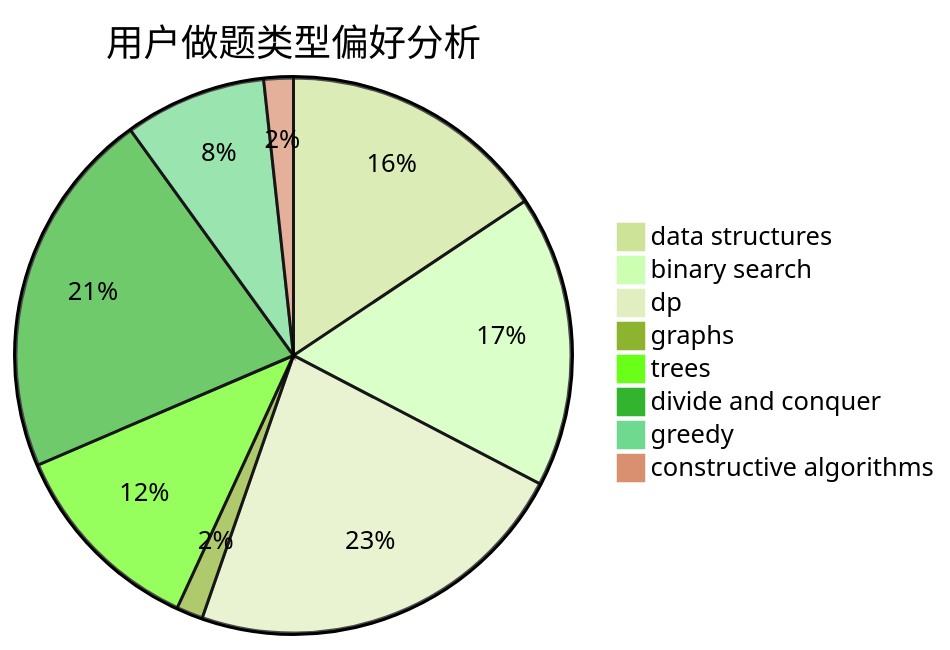
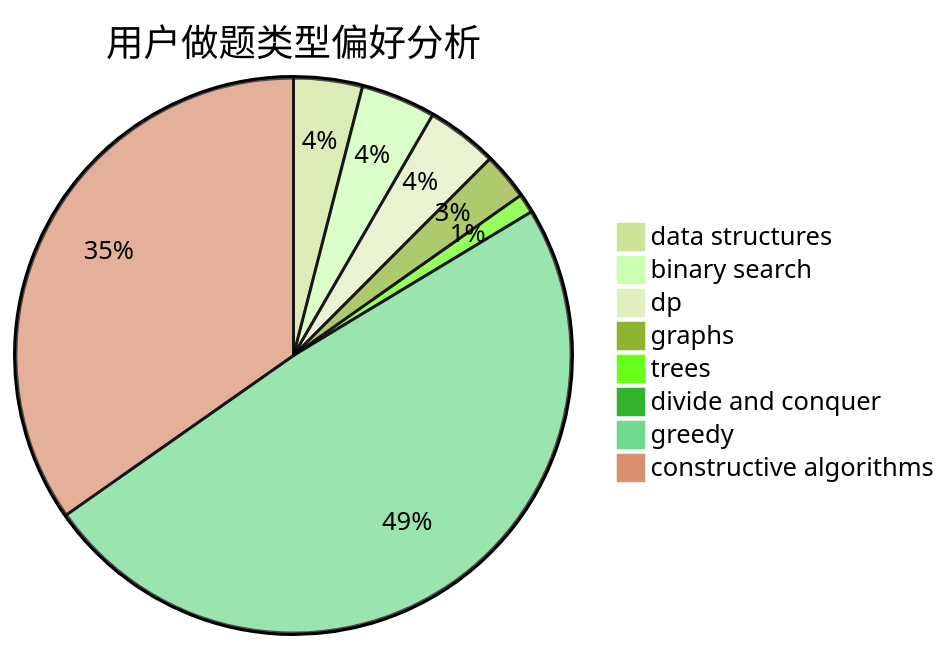
One commit to sherpahu/cfrs.github.io changed the second of 3 diagrams in docs/user/u672.md. Above: the diagram before and after it, drawn with Mermaid (forest theme). The commit also changed other lines of this file and 2770 other files, not shown here.

````diff
--- a/docs/user/u672.md
+++ b/docs/user/u672.md
@@ -23,11 +23,11 @@
 ```mermaid
 pie title 用户做题类型偏好分析
-    "data structures" :  91
-    "binary search" :  99
-    "dp" :  132
-    "graphs" :  9
-    "trees" :  68
-    "divide and conquer" :  125
-    "greedy" :  48
-    "constructive algorithms" :  10
+    "data structures" :  57
+    "binary search" :  62
+    "dp" :  59
+    "graphs" :  39
+    "trees" :  16
+    "divide and conquer" :  0
+    "greedy" :  697
+    "constructive algorithms" :  495
 ```
````
